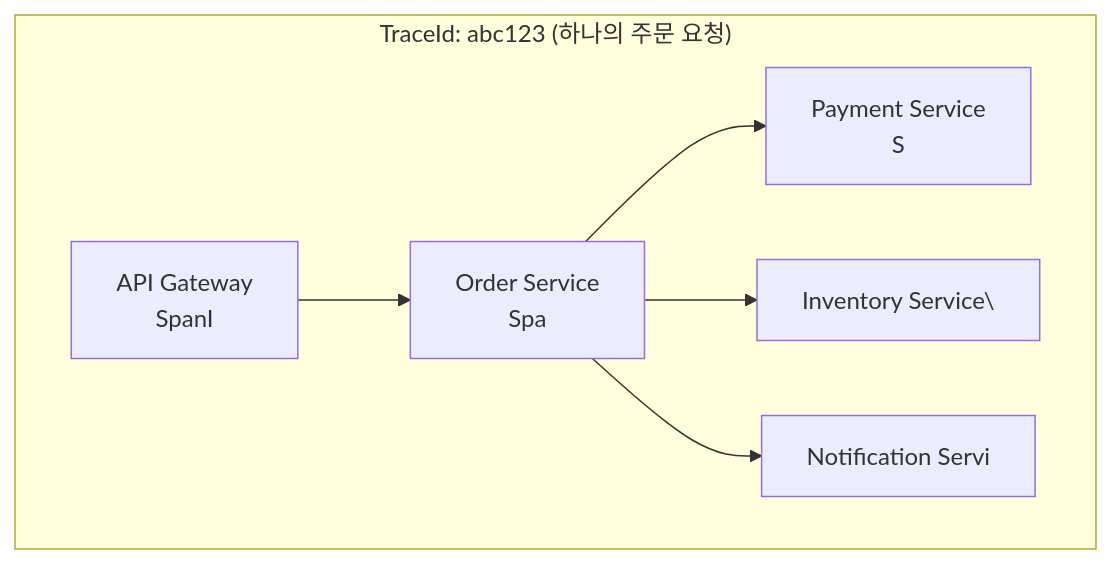
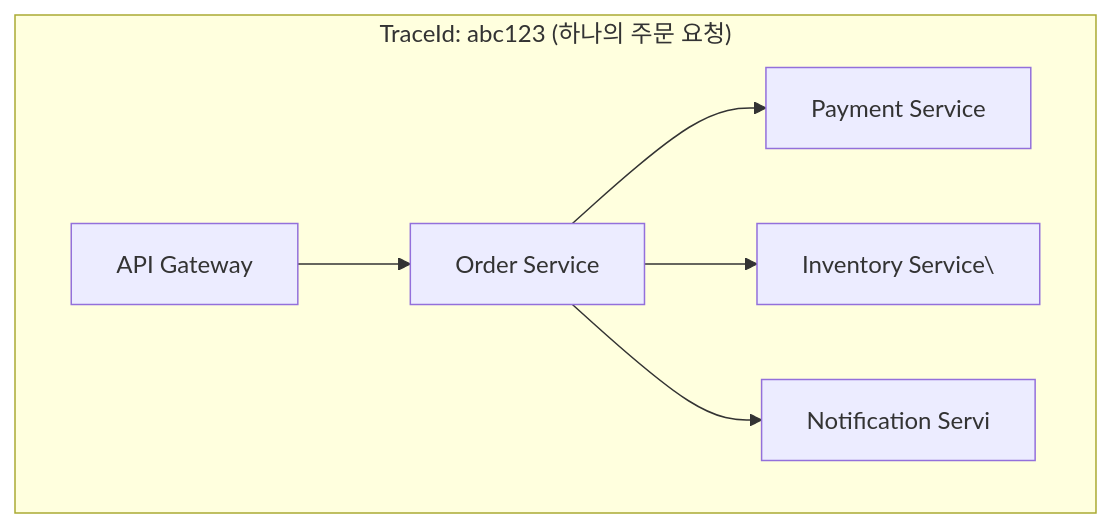
One commit to yjkim2015/yjkim2015.github.io changed the first of 2 diagrams in _posts/spring/2026-05-01-spring-sleuth-zipkin.md. Above: the diagram before and after it, drawn with Mermaid. The commit also changed 217 other files, not shown here.

First line of the commit message:
Mermaid 크기 수정: useMaxWidth:true + SVG max-width:100% + 라벨 축소

````diff
--- a/_posts/spring/2026-05-01-spring-sleuth-zipkin.md
+++ b/_posts/spring/2026-05-01-spring-sleuth-zipkin.md
@@ -25,14 +25,14 @@
 ```mermaid
 graph TD
     subgraph "TraceId: abc123 (하나의 주문 요청)"
-        A["API Gateway\nSpanI"]
-        B["Order Service\nSpa"]
-        C["Payment Service\nS"]
+        A["API Gateway"]
+        B["Order Service"]
+        C["Payment Service"]
         D["Inventory Service\"]
         E["Notification Servi"]
     end
     A --> B
     B --> C
     B --> D
     B --> E
 ```
````
